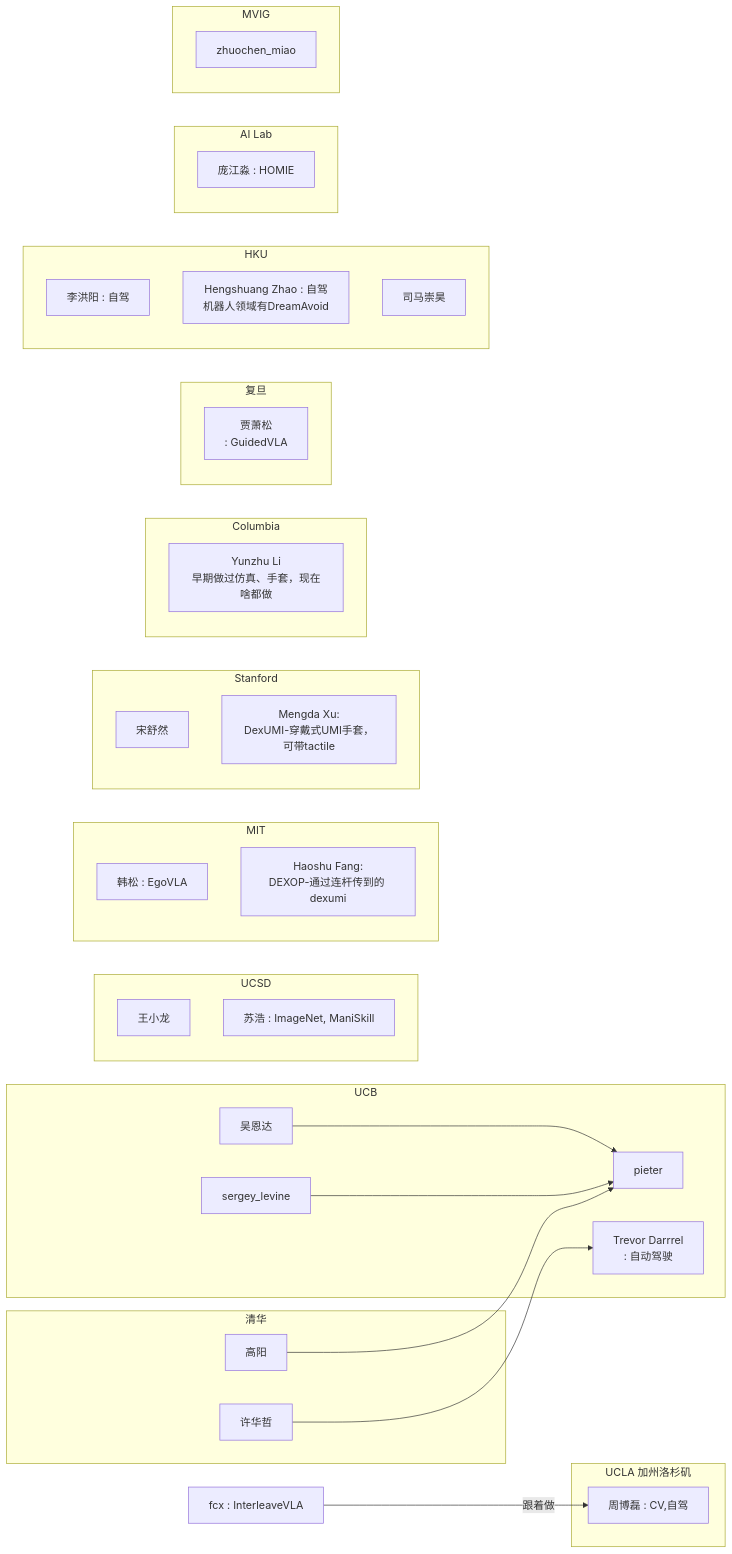
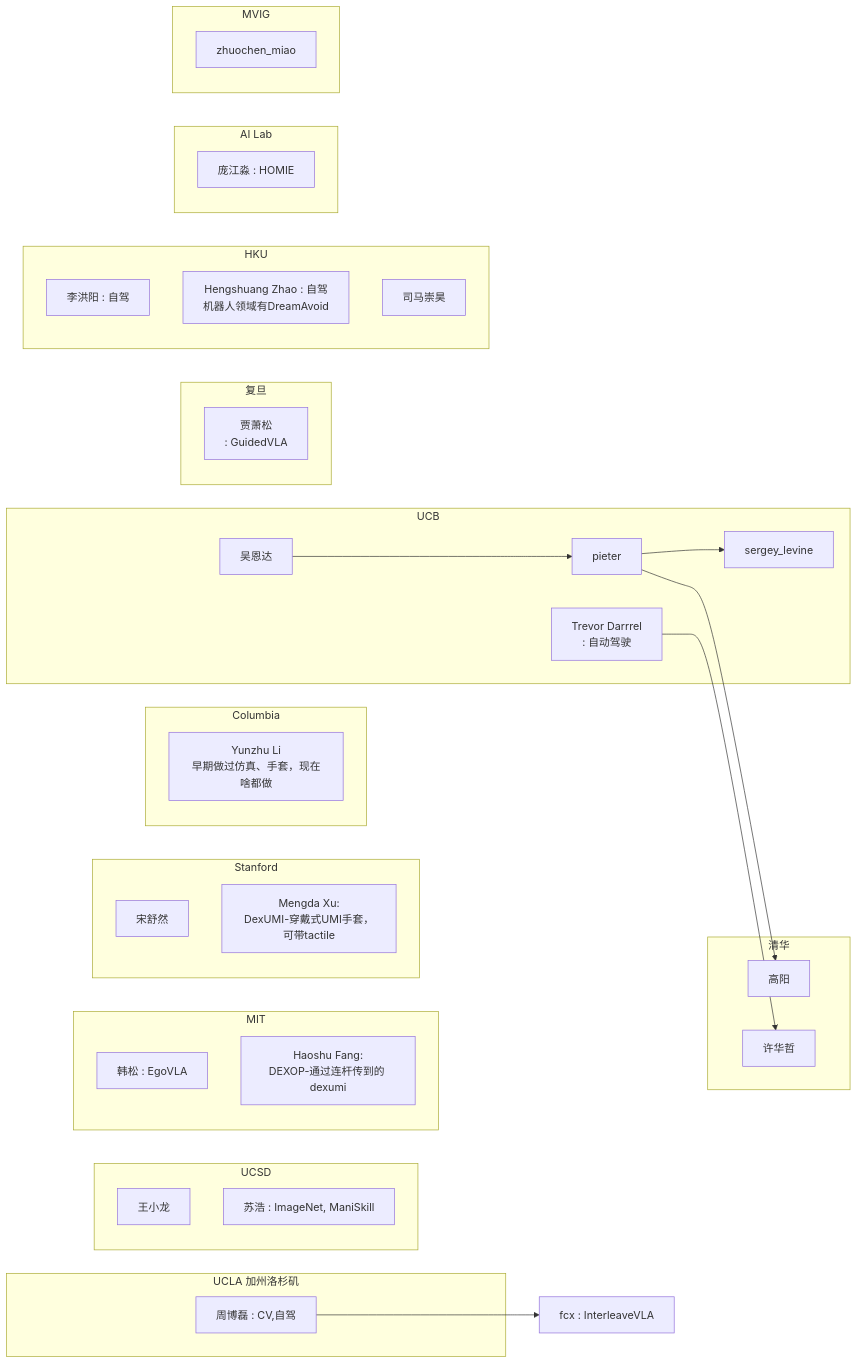
Before and after one commit to julyfun/how-to: the first of 2 diagrams in peoples.md, drawn with Mermaid. The commit also changed 2 other files, not shown here.

Commit message:
M 25/01/paper-prompt-260618.md | M papers/papers-batch-5.md | M peoples.md

````diff
--- a/peoples.md
+++ b/peoples.md
@@ -11,55 +11,54 @@
 ```mermaid
 flowchart LR
     subgraph UCB
-        wuenda[吴恩达] --> pieter
-        sergey_levine --> pieter
+        wuenda[吴恩达] --> pieter --> sergey_levine
         trevor_darrrel[Trevor Darrrel<br> : 自动驾驶]
     end
 
     subgraph 清华
-        yang_gao[高阳] --> pieter
-        huazhe[许华哲] --> trevor_darrrel
+        pieter --> yang_gao[高阳]
+        trevor_darrrel --> huazhe[许华哲]
     end
 
     subgraph UCSD
         xiaolong_wang[王小龙]
         hao_su[苏浩 : ImageNet, ManiSkill]
     end
 
     subgraph MIT
         song_han[韩松 : EgoVLA]
         haoshu_fang[Haoshu Fang:<br>DEXOP-通过连杆传到的 dexumi]
     end
 
     subgraph Stanford
         shurang_song[宋舒然]
         mengda_xu[Mengda Xu:<br>DexUMI-穿戴式UMI手套，可带tactile]
     end
 
     subgraph Columbia
         yunzhu_li[Yunzhu Li<br>早期做过仿真、手套，现在啥都做]
     end
 
-    fcx[fcx : InterleaveVLA] -->|"跟着做"| bolei_zhou
+    bolei_zhou --> fcx[fcx : InterleaveVLA]
     subgraph UCLA 加州洛杉矶
         bolei_zhou[周博磊 : CV,自驾]
     end
 
     subgraph 复旦
         xiaosong_jia[贾萧松<br>: GuidedVLA]
     end
 
     subgraph HKU
         hongyang_li[李洪阳 : 自驾]
         hengshuang_zhao[Hengshuang Zhao : 自驾 <br> 机器人领域有DreamAvoid]
         chonghao[司马崇昊]
     end
 
     subgraph AI Lab
         jiangmiao_pang[庞江淼 : HOMIE]
     end
 
     subgraph MVIG
         zhuochen_miao
     end
 ```
````
